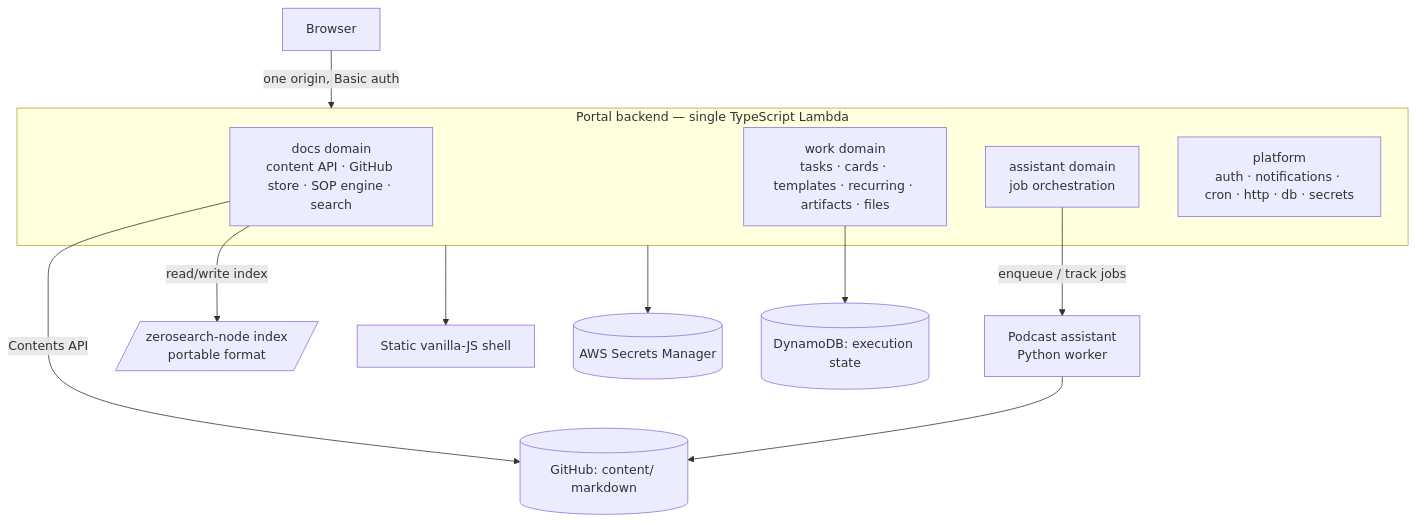
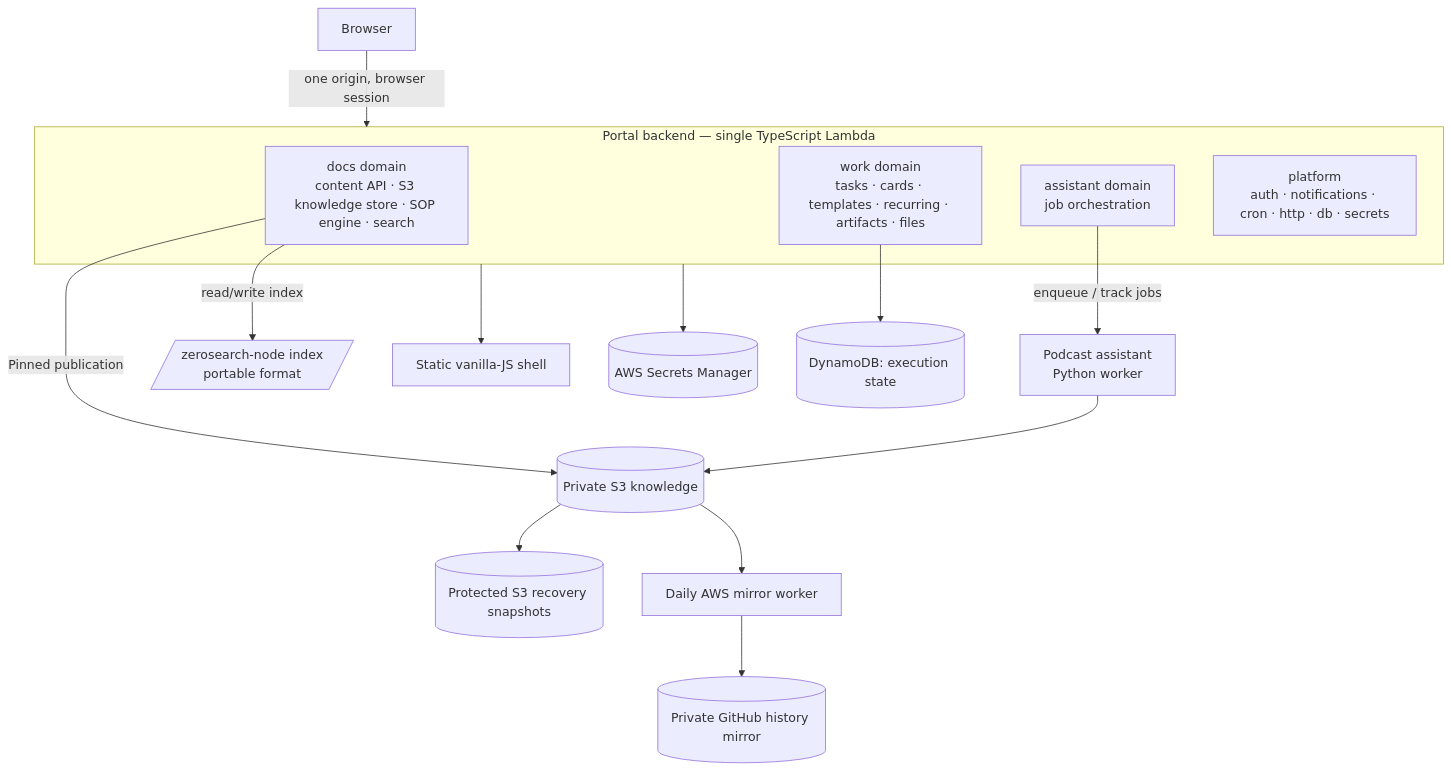
One commit to DataTalksClub/dataops changed the diagram in docs/TARGET_ARCHITECTURE.md. Above: the diagram before and after it, drawn with Mermaid. The commit also changed other lines of this file and 29 other files, not shown here.

First line of the commit message:
Make private S3 publications authoritative for knowledge

````diff
--- a/docs/TARGET_ARCHITECTURE.md
+++ b/docs/TARGET_ARCHITECTURE.md
@@ -57,19 +57,22 @@
 ```mermaid
 flowchart TB
-  Browser[Browser] -->|one origin, Basic auth| Backend
+  Browser[Browser] -->|one origin, browser session| Backend
 
   subgraph Backend[Portal backend — single TypeScript Lambda]
-    Docs[docs domain<br/>content API · GitHub store · SOP engine · search]
+    Docs[docs domain<br/>content API · S3 knowledge store · SOP engine · search]
     Work[work domain<br/>tasks · cards · templates · recurring · artifacts · files]
     Asst[assistant domain<br/>job orchestration]
     Plat[platform<br/>auth · notifications · cron · http · db · secrets]
   end
 
   Backend --> Frontend[Static vanilla-JS shell]
-  Docs -->|Contents API| GitHub[(GitHub: content/ markdown)]
+  Docs -->|Pinned publication| Knowledge[(Private S3 knowledge)]
+  Knowledge --> Backup[(Protected S3 recovery snapshots)]
+  Knowledge --> Mirror[Daily AWS mirror worker]
+  Mirror --> GitHub[(Private GitHub history mirror)]
   Docs -->|read/write index| Index[/zerosearch-node index<br/>portable format/]
   Work --> Dynamo[(DynamoDB: execution state)]
   Asst -->|enqueue / track jobs| Podcast[Podcast assistant<br/>Python worker]
-  Podcast --> GitHub
+  Podcast --> Knowledge
   Backend --> Secrets[(AWS Secrets Manager)]
 ```
````
